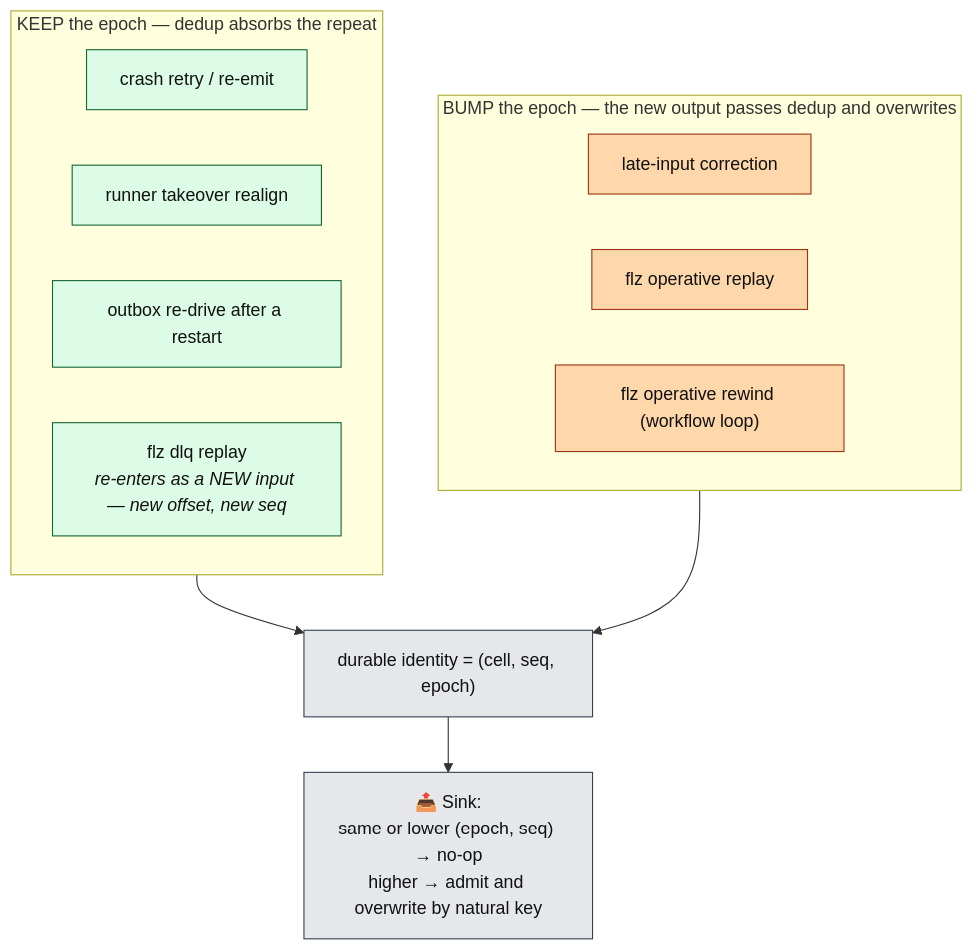
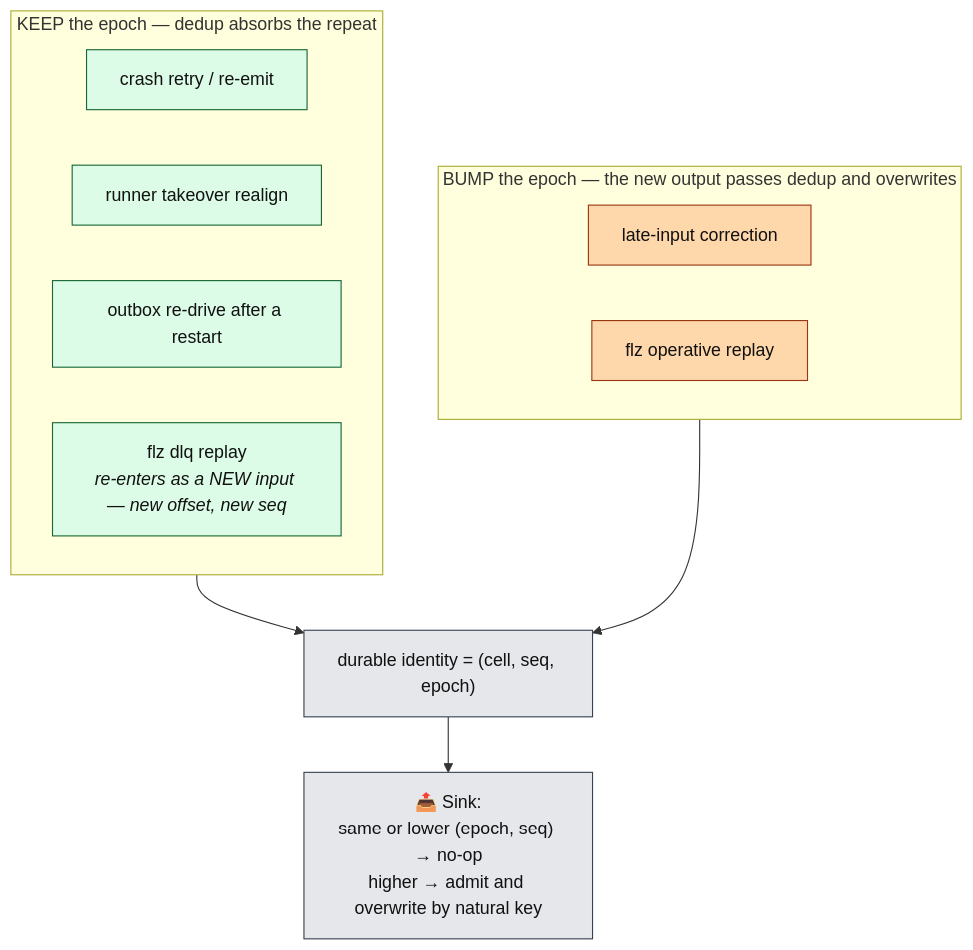
Diagram 11 of 17 in docs/architecture/kernel.md (Flezha/flezha), drawn with Mermaid before and after one commit. The commit also changed other lines of this file and 72 other files, not shown here.

````diff
--- a/docs/architecture/kernel.md
+++ b/docs/architecture/kernel.md
@@ -521,21 +522,20 @@
 ```mermaid
 flowchart TB
     subgraph KEEP["KEEP the epoch — dedup absorbs the repeat"]
         C1["crash retry / re-emit"]:::exec
         C2["runner takeover realign"]:::exec
         C3["outbox re-drive after a restart"]:::exec
         C4["flz dlq replay<br/><i>re-enters as a NEW input — new offset, new seq</i>"]:::exec
     end
     subgraph BUMP["BUMP the epoch — the new output passes dedup and overwrites"]
         B1["late-input correction"]:::sink
         B2["flz operative replay"]:::sink
-        B3["flz operative rewind (workflow loop)"]:::sink
     end
     KEEP --> RULE["durable identity = (cell, seq, epoch)"]:::store
     BUMP --> RULE
     RULE --> SINKR["📤 Sink:<br/>same or lower (epoch, seq) → no-op<br/>higher → admit and overwrite by natural key"]:::store
 
     classDef exec fill:#dcfce7,stroke:#166534,color:#111
     classDef sink fill:#fed7aa,stroke:#9a3412,color:#111
     classDef store fill:#e5e7eb,stroke:#374151,color:#111
 ```
````
